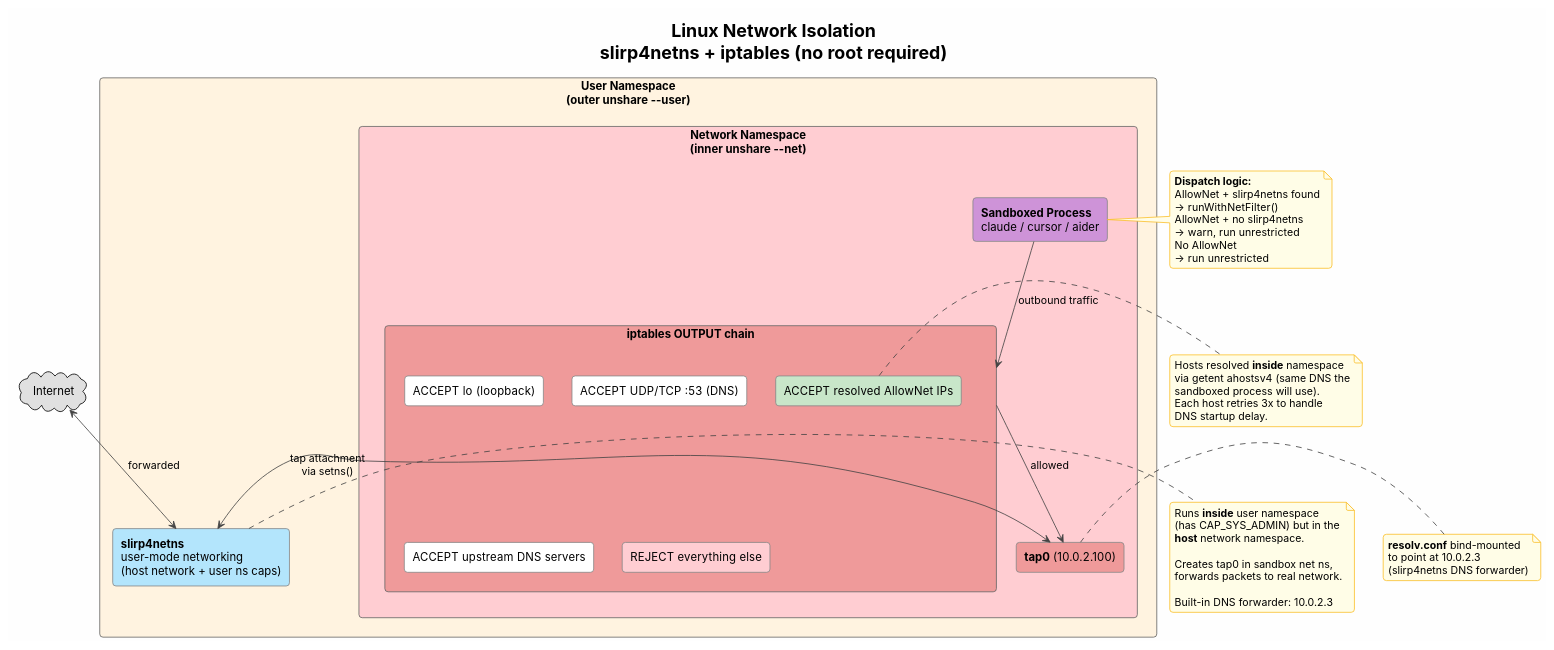
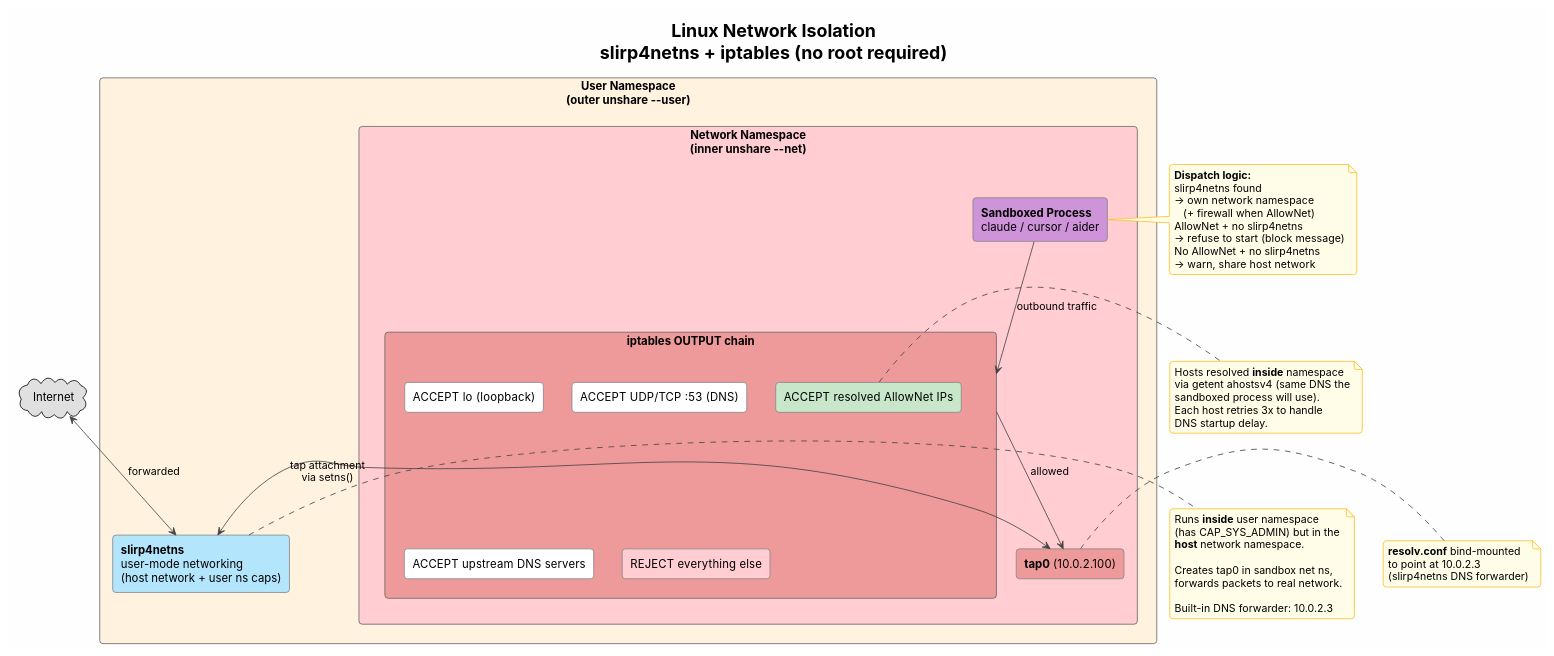
The diagram in docs/diagrams/linux-network.puml (AxeForging/aigate), drawn with PlantUML before and after one commit. The commit also changed 25 other files, not shown here.

First line of the commit message:
fix: sandbox command holds no privileges; own network per session (#43)

```diff
--- a/docs/diagrams/linux-network.puml
+++ b/docs/diagrams/linux-network.puml
@@ -1,77 +1,78 @@
 @startuml linux-network
 !theme plain
 skinparam backgroundColor #FEFEFE
 skinparam defaultFontName Inter
 skinparam shadowing false
 skinparam roundcorner 8
 skinparam ArrowColor #444444
 skinparam RectangleBorderColor #888888
 skinparam PackageBorderColor #666666
 skinparam NoteBackgroundColor #FFFDE7
 skinparam NoteBorderColor #FBC02D
 
 title **Linux Network Isolation**\nslirp4netns + iptables (no root required)
 
 cloud "Internet" as internet #E0E0E0
 
 rectangle "User Namespace\n(outer unshare --user)" as userns #FFF3E0 {
 
   rectangle "**slirp4netns**\nuser-mode networking\n(host network + user ns caps)" as slirp #B3E5FC
 
   rectangle "Network Namespace\n(inner unshare --net)" as netns #FFCDD2 {
 
     rectangle "**tap0** (10.0.2.100)" as tap0 #EF9A9A
 
     rectangle "**iptables OUTPUT chain**" as iptables #EF9A9A {
       rectangle "ACCEPT  lo (loopback)" as r1 #FFFFFF
       rectangle "ACCEPT  UDP/TCP :53 (DNS)" as r2 #FFFFFF
       rectangle "ACCEPT  upstream DNS servers" as r3 #FFFFFF
       rectangle "ACCEPT  resolved AllowNet IPs" as r4 #C8E6C9
       rectangle "REJECT  everything else" as r5 #FFCDD2
     }
 
     rectangle "**Sandboxed Process**\nclaude / cursor / aider" as proc #CE93D8
   }
 }
 
 proc -down-> iptables : outbound traffic
 iptables -down-> tap0 : allowed
 tap0 <-left-> slirp : tap attachment\nvia setns()
 slirp <-up-> internet : forwarded
 
 note right of slirp
   Runs **inside** user namespace
   (has CAP_SYS_ADMIN) but in the
   **host** network namespace.
 
   Creates tap0 in sandbox net ns,
   forwards packets to real network.
 
   Built-in DNS forwarder: 10.0.2.3
 end note
 
 note right of r4
   Hosts resolved **inside** namespace
   via getent ahostsv4 (same DNS the
   sandboxed process will use).
   Each host retries 3x to handle
   DNS startup delay.
 end note
 
 note left of tap0
   **resolv.conf** bind-mounted
   to point at 10.0.2.3
   (slirp4netns DNS forwarder)
 end note
 
 note right of proc
   **Dispatch logic:**
-  AllowNet + slirp4netns found
-  -> runWithNetFilter()
+  slirp4netns found
+  -> own network namespace
+     (+ firewall when AllowNet)
   AllowNet + no slirp4netns
-  -> warn, run unrestricted
-  No AllowNet
-  -> run unrestricted
+  -> refuse to start (block message)
+  No AllowNet + no slirp4netns
+  -> warn, share host network
 end note
 
 @enduml
```
